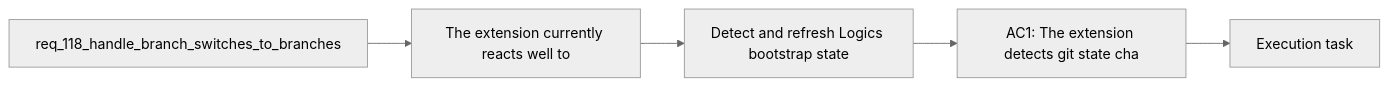
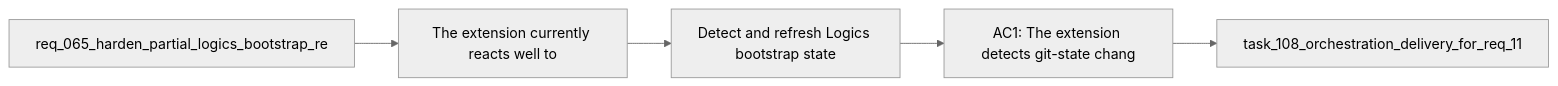
Before and after one commit to AlexAgo83/logics-manager: the diagram in logics/backlog/item_205_detect_and_refresh_logics_bootstrap_state_after_git_branch_switches.md, drawn with Mermaid (neutral theme). The commit also changed 481 other files, not shown here.

````diff
--- a/logics/backlog/item_205_detect_and_refresh_logics_bootstrap_state_after_git_branch_switches.md
+++ b/logics/backlog/item_205_detect_and_refresh_logics_bootstrap_state_after_git_branch_switches.md
@@ -29,9 +29,9 @@
 ```mermaid
 %% logics-kind: backlog
 %% logics-signature: backlog|detect-and-refresh-logics-bootstrap-stat|req-065-harden-partial-logics-bootstrap-|the-extension-currently-reacts-well-to|ac1-the-extension-detects-git-state-chan
 flowchart LR
-    Request[req_118_handle_branch_switches_to_branches] --> Problem[The extension currently reacts well to]
+    Request[req_065_harden_partial_logics_bootstrap_re] --> Problem[The extension currently reacts well to]
     Problem --> Scope[Detect and refresh Logics bootstrap state]
-    Scope --> Acceptance[AC1: The extension detects git state cha]
-    Acceptance --> Tasks[Execution task]
+    Scope --> Acceptance[AC1: The extension detects git-state chang]
+    Acceptance --> Tasks[task_108_orchestration_delivery_for_req_11]
 ```
````
